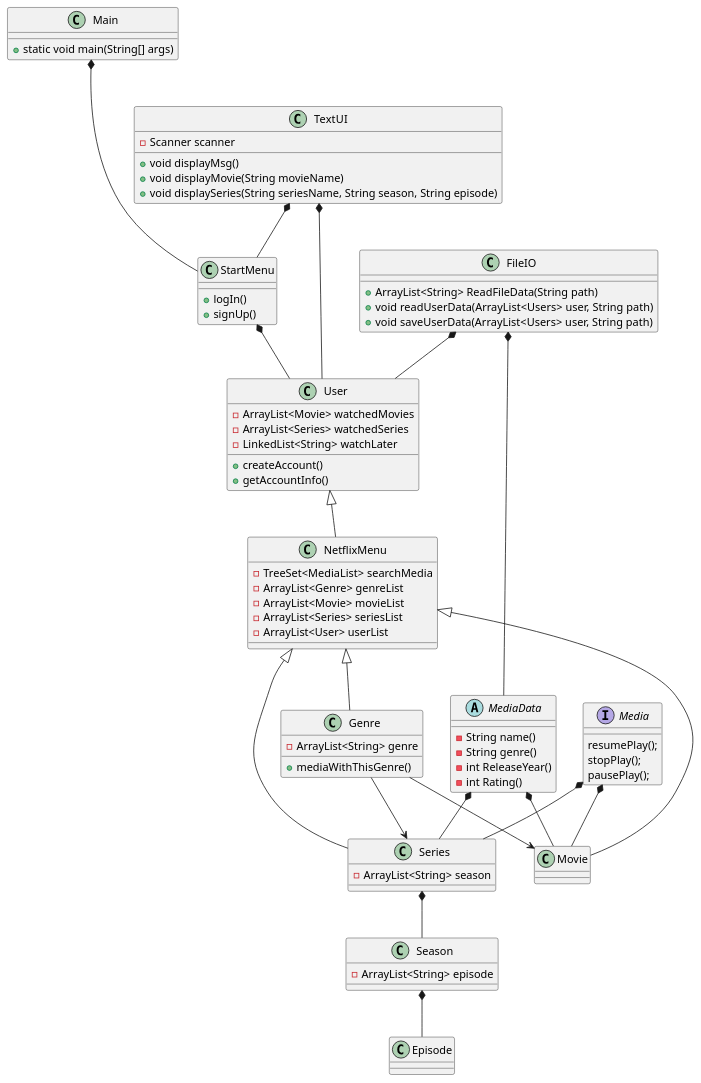
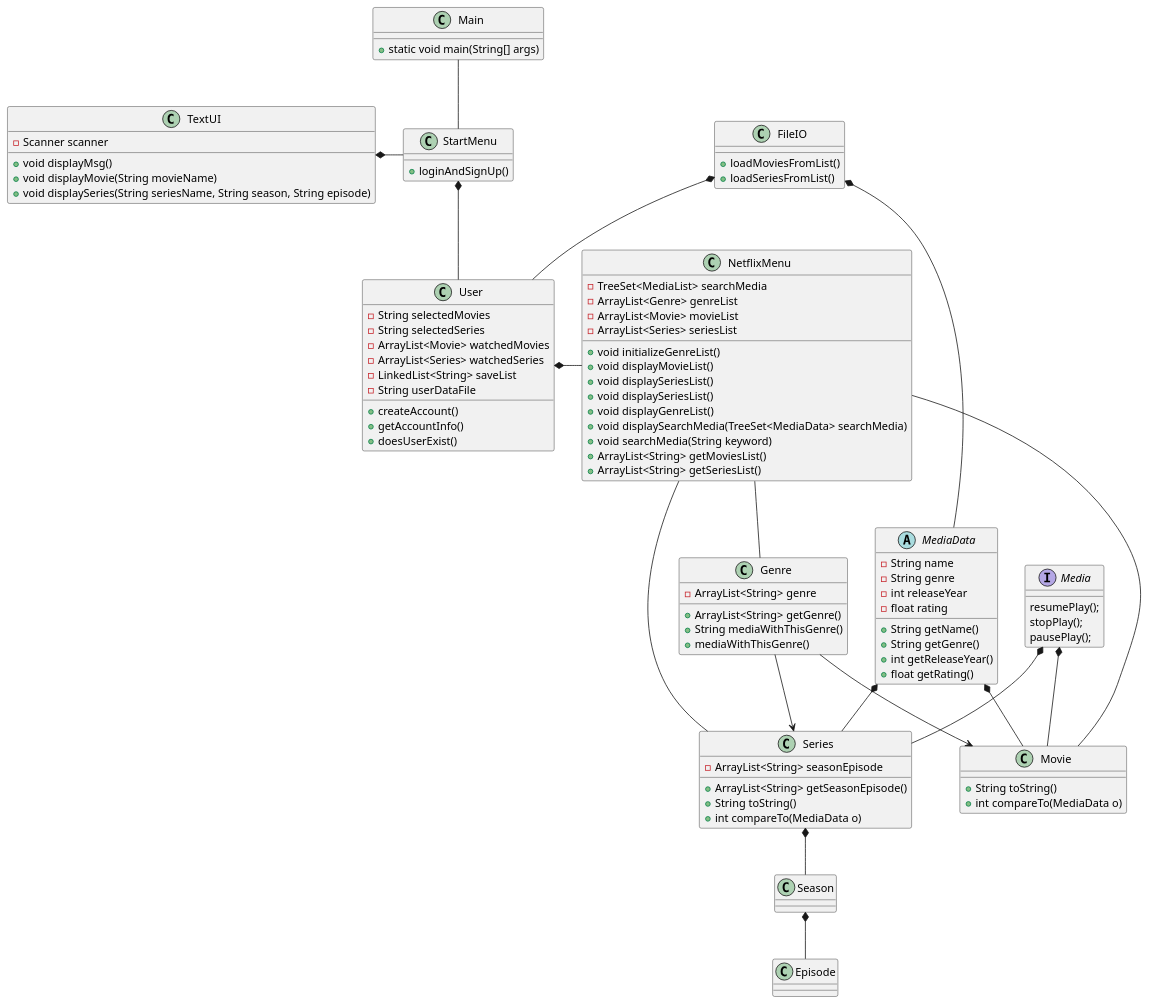
The diagram in Diagrams/SP3.puml (AerrowV/SP3_Netflix), drawn with PlantUML before and after one commit. The commit also changed 3 other files, not shown here.

```diff
--- a/Diagrams/SP3.puml
+++ b/Diagrams/SP3.puml
@@ -1,97 +1,115 @@
 @startuml
 'https://plantuml.com/class-diagram
 
 class Main{
 + static void main(String[] args)
 }
 
 class StartMenu {
-+ logIn()
-+ signUp()
++ loginAndSignUp()
+
 }
 
 class User {
+- String selectedMovies
+- String selectedSeries
 - ArrayList<Movie> watchedMovies
 - ArrayList<Series> watchedSeries
-- LinkedList<String> watchLater
+- LinkedList<String> saveList
+- String userDataFile
 + createAccount()
 + getAccountInfo()
++ doesUserExist()
 }
 
 class FileIO {
-+ ArrayList<String> ReadFileData(String path)
-+ void readUserData(ArrayList<Users> user, String path)
-+ void saveUserData(ArrayList<Users> user, String path)
++ loadMoviesFromList()
++ loadSeriesFromList()
 }
 
 interface Media {
 resumePlay();
 stopPlay();
 pausePlay();
 
 }
+
 abstract MediaData{
-- String name()
-- String genre()
-- int ReleaseYear()
-- int Rating()
-
+- String name
+- String genre
+- int releaseYear
+- float rating
++ String getName()
++ String getGenre()
++ int getReleaseYear()
++ float getRating()
 
 }
 
 class NetflixMenu {
 - TreeSet<MediaList> searchMedia
 - ArrayList<Genre> genreList
 - ArrayList<Movie> movieList
 - ArrayList<Series> seriesList
-- ArrayList<User> userList
-
++ void initializeGenreList()
++ void displayMovieList()
++ void displaySeriesList()
++ void displaySeriesList()
++ void displayGenreList()
++ void displaySearchMedia(TreeSet<MediaData> searchMedia)
++ void searchMedia(String keyword)
++ ArrayList<String> getMoviesList()
++ ArrayList<String> getSeriesList()
 }
 
 class Movie {
++ String toString()
++ int compareTo(MediaData o)
 }
 
 class Genre {
 - ArrayList<String> genre
++ ArrayList<String> getGenre()
++ String mediaWithThisGenre()
 + mediaWithThisGenre()
 }
 
 class Series {
-- ArrayList<String> season
+- ArrayList<String> seasonEpisode
++ ArrayList<String> getSeasonEpisode()
++ String toString()
++ int compareTo(MediaData o)
 }
 
 class Season {
-- ArrayList<String> episode
 }
 
 class Episode {
-
 }
 
 class TextUI {
 - Scanner scanner
 + void displayMsg()
 + void displayMovie(String movieName)
 + void displaySeries(String seriesName, String season, String episode)
 }
 
-Main *--- StartMenu
+Main -- StartMenu
 StartMenu *-- User
-User <|-- NetflixMenu
-NetflixMenu <|-- Movie
-NetflixMenu <|-- Series
-NetflixMenu <|-- Genre
+TextUI *- StartMenu
+User *- NetflixMenu
+NetflixMenu -- Movie
+NetflixMenu -- Series
+NetflixMenu -- Genre
 Genre --> Movie
 Genre --> Series
 Series *-- Season
 Season *-- Episode
 Media *-- Movie
 Media *-- Series
 FileIO *-- User
-TextUI *-- User
-TextUI *-- StartMenu
 MediaData *-- Movie
 MediaData *-- Series
 FileIO *-- MediaData
 
 @enduml
```
